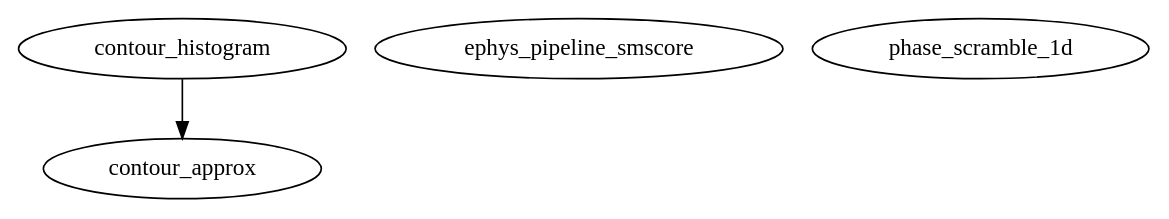
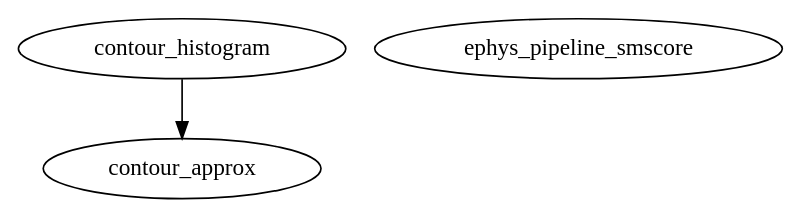
Before and after one commit to jmarkow/ephys: the diagram in doc/ephys/helpers/spectral/graph.dot, drawn with Graphviz. The commit also changed 90 other files, not shown here.

```diff
--- a/doc/ephys/helpers/spectral/graph.dot
+++ b/doc/ephys/helpers/spectral/graph.dot
@@ -1,9 +1,8 @@
 /* Created by mdot for Matlab */
 digraph m2html {
   contour_histogram -> contour_approx;
 
   contour_approx [URL="contour_approx.html"];
   contour_histogram [URL="contour_histogram.html"];
   ephys_pipeline_smscore [URL="ephys_pipeline_smscore.html"];
-  phase_scramble_1d [URL="phase_scramble_1d.html"];
 }
```
